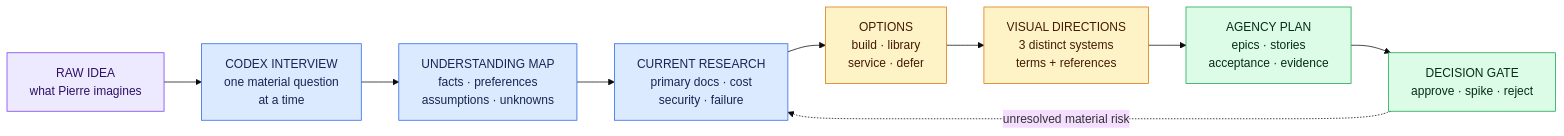
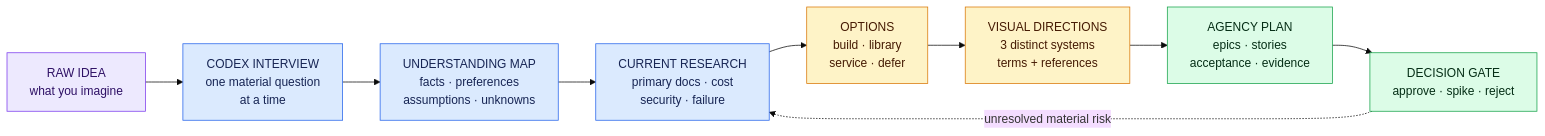
One commit to saliftankoano/pierre-build-program changed the ninth of 16 diagrams in README.md. Above: the diagram before and after it, drawn with Mermaid (base theme). The commit also changed other lines of this file and 110 other files, not shown here.

````diff
--- a/README.md
+++ b/README.md
@@ -305,23 +309,23 @@
 ```mermaid
 flowchart LR
-    IDEA["RAW IDEA<br/>what Pierre imagines"]
+    IDEA["RAW IDEA<br/>what you imagine"]
     INTERVIEW["CODEX INTERVIEW<br/>one material question<br/>at a time"]
     MAP["UNDERSTANDING MAP<br/>facts · preferences<br/>assumptions · unknowns"]
     RESEARCH["CURRENT RESEARCH<br/>primary docs · cost<br/>security · failure"]
     OPTIONS["OPTIONS<br/>build · library<br/>service · defer"]
     DESIGN["VISUAL DIRECTIONS<br/>3 distinct systems<br/>terms + references"]
     STORIES["AGENCY PLAN<br/>epics · stories<br/>acceptance · evidence"]
     APPROVAL["DECISION GATE<br/>approve · spike · reject"]
 
     IDEA --> INTERVIEW --> MAP --> RESEARCH --> OPTIONS --> DESIGN --> STORIES --> APPROVAL
     APPROVAL -. "unresolved material risk" .-> RESEARCH
 
     classDef intent fill:#ede9fe,stroke:#7c3aed,color:#2e1065;
     classDef discover fill:#dbeafe,stroke:#2563eb,color:#172554;
     classDef decide fill:#fef3c7,stroke:#d97706,color:#451a03;
     classDef ready fill:#dcfce7,stroke:#16a34a,color:#052e16;
     class IDEA intent;
     class INTERVIEW,MAP,RESEARCH discover;
     class OPTIONS,DESIGN decide;
     class STORIES,APPROVAL ready;
 ```
````
